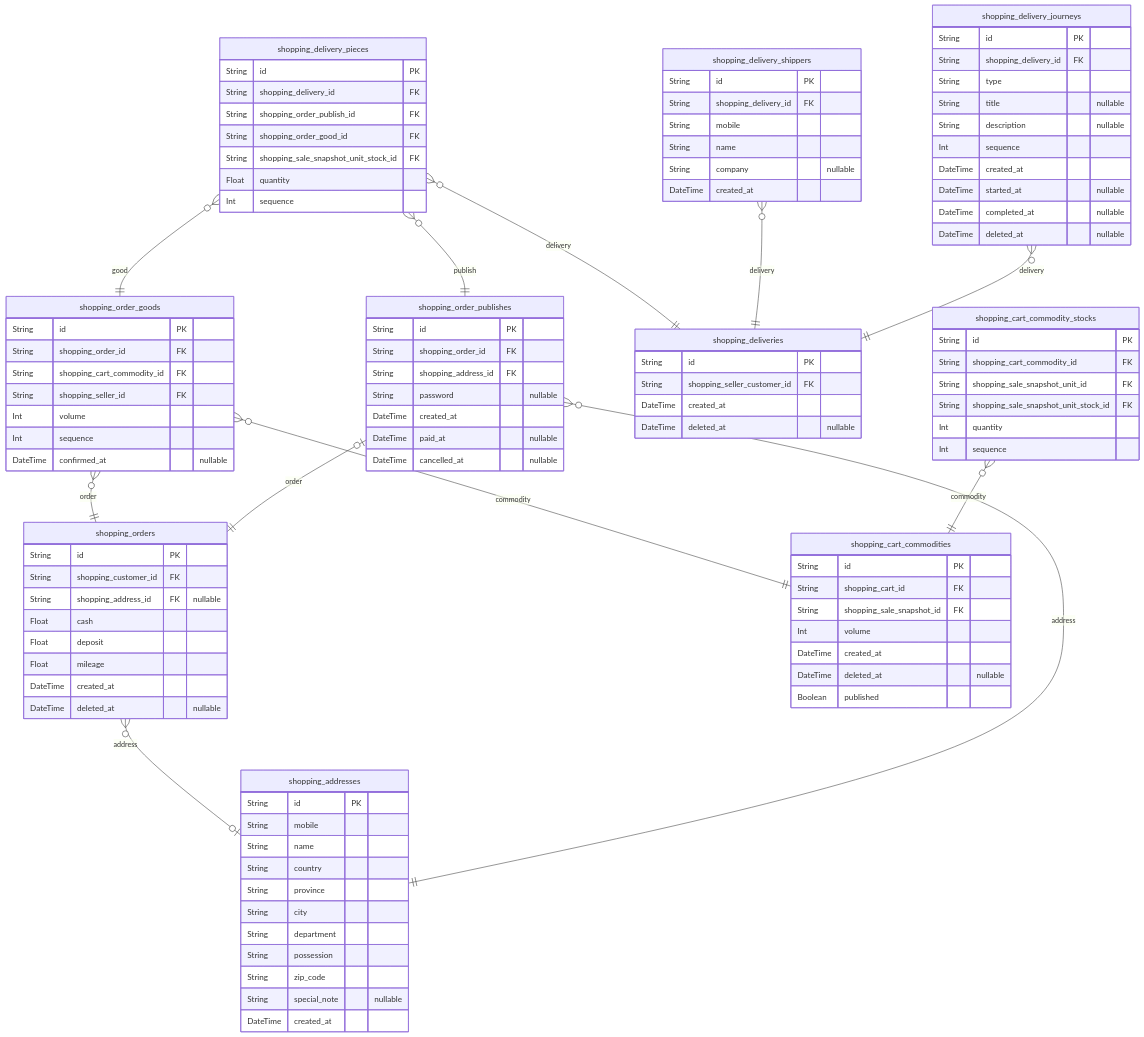
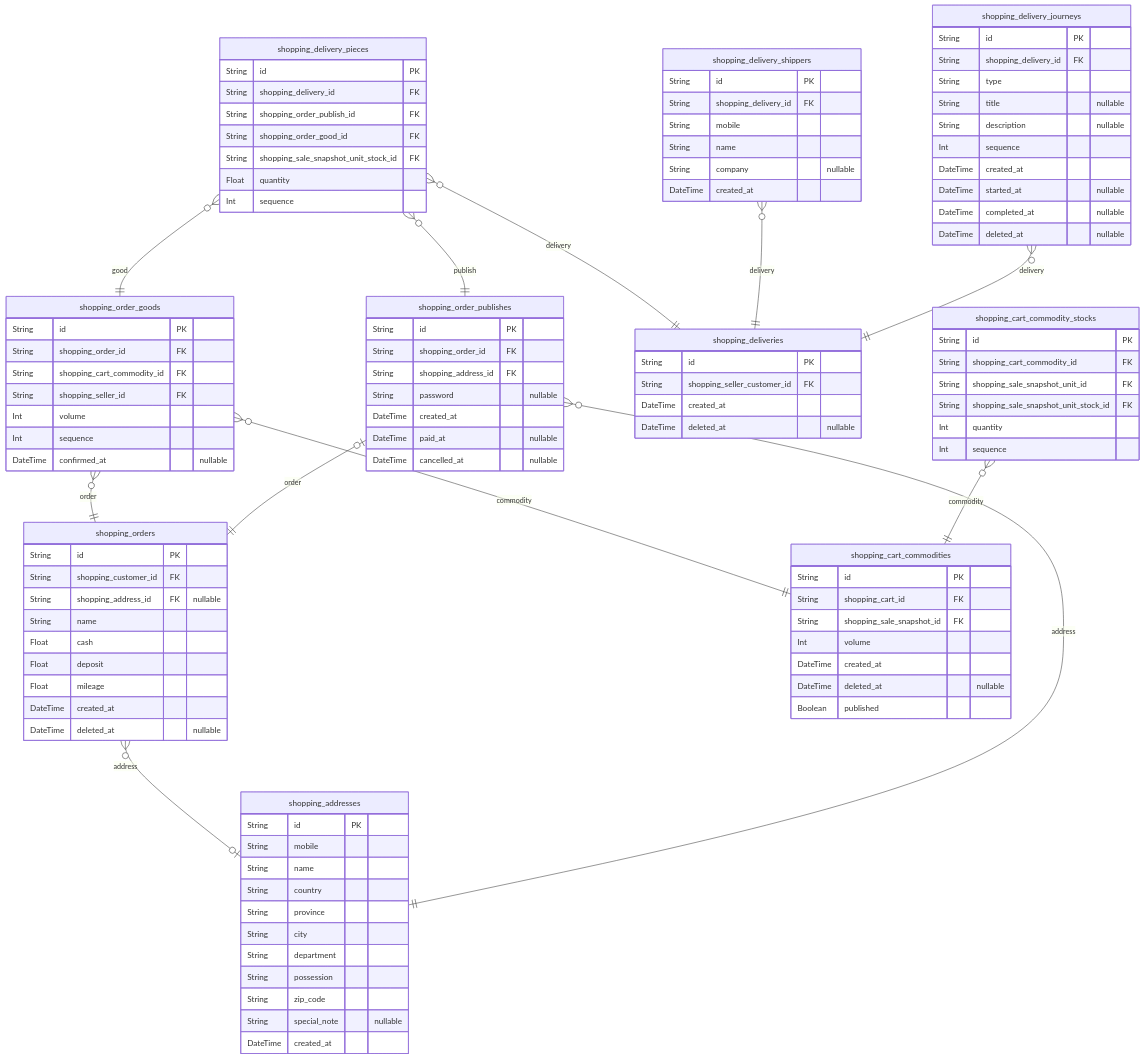
The sixth of 10 diagrams in prisma/docs/ERD.md (samchon/shopping-backend), drawn with Mermaid before and after one commit. The commit also changed other lines of this file and 50 other files, not shown here.

```diff
--- a/prisma/docs/ERD.md
+++ b/prisma/docs/ERD.md
@@ -1423,6 +1423,7 @@
   String id PK
   String shopping_customer_id FK
   String shopping_address_id FK "nullable"
+  String name
   Float cash
   Float deposit
   Float mileage
```
